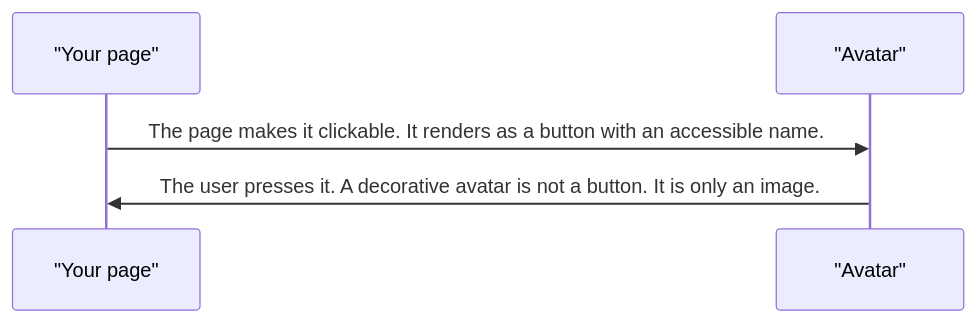
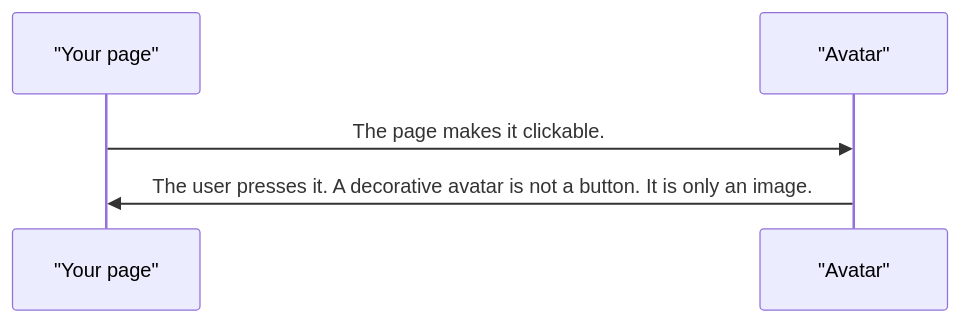
The third of 4 diagrams in projects/pixel-ui/src/lib/pixel-avatar/DESIGN.md (RajshekharBorate/pixel-ui), drawn with Mermaid before and after one commit. The commit also changed other lines of this file and 80 other files, not shown here.

Commit message:
Fill missing design flows and correct the stories that did not match component behavior.

````diff
--- a/projects/pixel-ui/src/lib/pixel-avatar/DESIGN.md
+++ b/projects/pixel-ui/src/lib/pixel-avatar/DESIGN.md
@@ -66,7 +68,7 @@
 ```mermaid
 sequenceDiagram
   participant page as "Your page"
   participant avatar as "Avatar"
-  page->>avatar: The page makes it clickable. It renders as a button with an accessible name.
+  page->>avatar: The page makes it clickable.
   avatar->>page: The user presses it. A decorative avatar is not a button. It is only an image.
 ```
````
